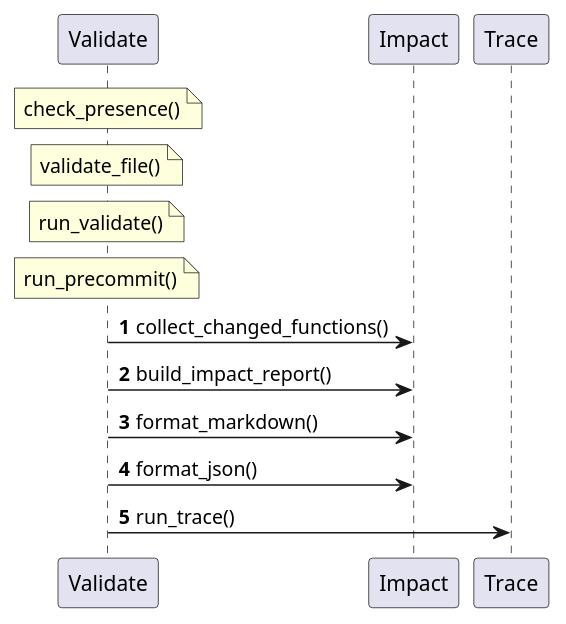
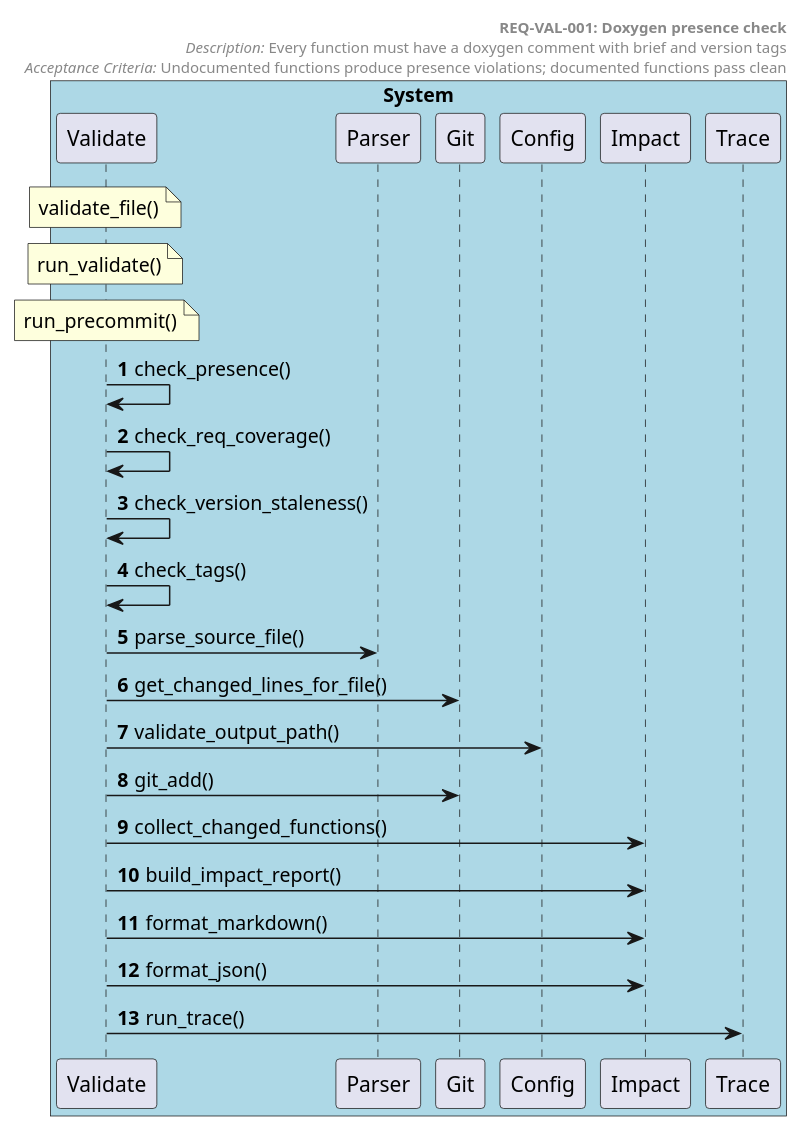
The diagram in docs/generated/sequences/REQ-VAL-001.puml (tvanfossen/doxygen-guard), drawn with PlantUML before and after one commit. The commit also changed 18 other files, not shown here.

```diff
--- a/docs/generated/sequences/REQ-VAL-001.puml
+++ b/docs/generated/sequences/REQ-VAL-001.puml
@@ -1,19 +1,37 @@
-@startuml REQ-VAL-001
+@startuml REQ-VAL-001 Doxygen presence check
 autonumber
 
-participant "Validate" as Validate
-participant "Impact" as Impact
-participant "Trace" as Trace
+box "System" #LightBlue
+  participant "Validate" as Validate
+  participant "Parser" as Parser
+  participant "Git" as Git
+  participant "Config" as Config
+  participant "Impact" as Impact
+  participant "Trace" as Trace
+end box
 
-note over Validate: check_presence()
+header
+  **REQ-VAL-001: Doxygen presence check**
+  //Description:// Every function must have a doxygen comment with brief and version tags
+  //Acceptance Criteria:// Undocumented functions produce presence violations; documented functions pass clean
+end header
+
 note over Validate: validate_file()
 note over Validate: run_validate()
 note over Validate: run_precommit()
 
+Validate -> Validate: check_presence()
+Validate -> Validate: check_req_coverage()
+Validate -> Validate: check_version_staleness()
+Validate -> Validate: check_tags()
+Validate -> Parser: parse_source_file()
+Validate -> Git: get_changed_lines_for_file()
+Validate -> Config: validate_output_path()
+Validate -> Git: git_add()
 Validate -> Impact: collect_changed_functions()
 Validate -> Impact: build_impact_report()
 Validate -> Impact: format_markdown()
 Validate -> Impact: format_json()
 Validate -> Trace: run_trace()
 
 @enduml
```
